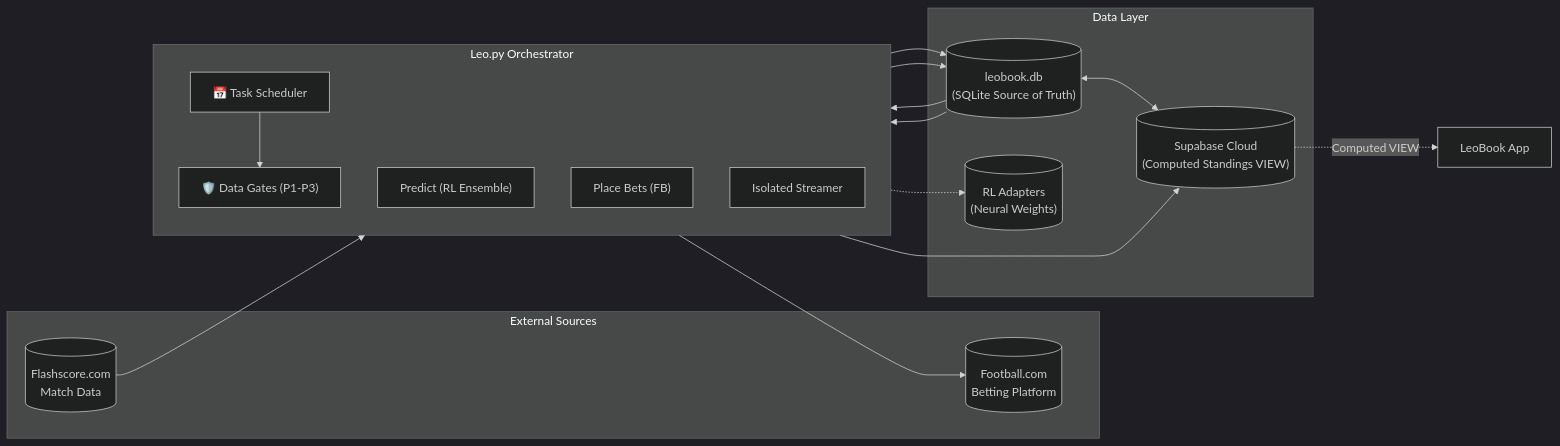
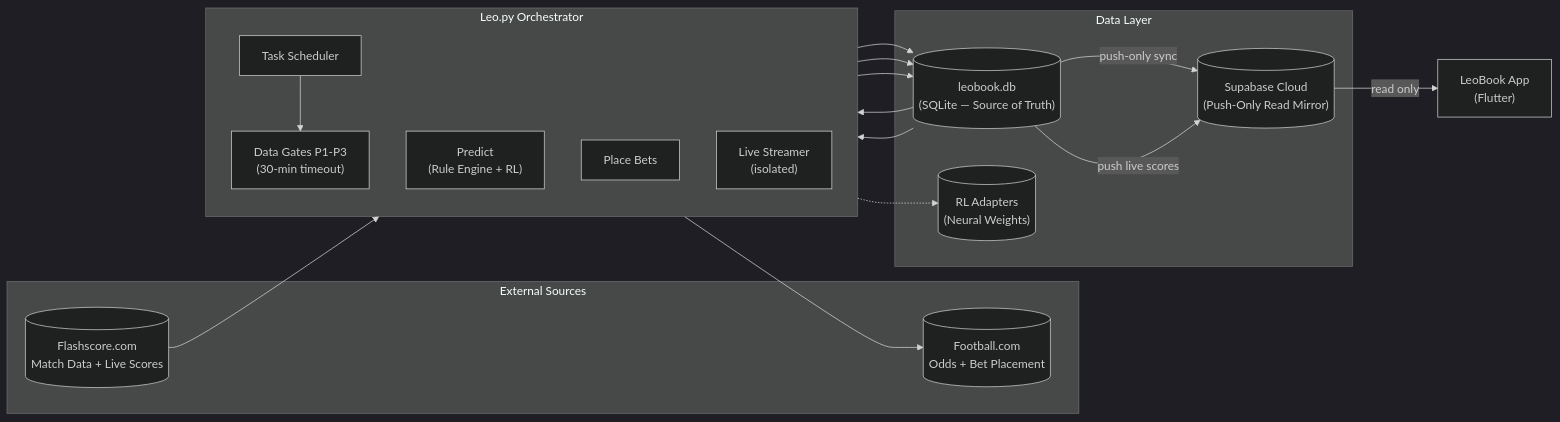
Before and after one commit to Materialless-LLC/LeoBook: the diagram in LeoBook_Technical_Master_Report.md, drawn with Mermaid (dark theme). The commit also changed other lines of this file and 11 other files, not shown here.

````diff
--- a/LeoBook_Technical_Master_Report.md
+++ b/LeoBook_Technical_Master_Report.md
@@ -139,31 +193,32 @@
 ```mermaid
 flowchart LR
     subgraph SOURCES ["External Sources"]
-        FS[("Flashscore.com<br/>Match Data")]
-        FB[("Football.com<br/>Betting Platform")]
+        FS[("Flashscore.com<br/>Match Data + Live Scores")]
+        FB[("Football.com<br/>Odds + Bet Placement")]
     end
 
     subgraph LEO ["Leo.py Orchestrator"]
         direction TB
-        SCHED["📅 Task Scheduler"]
-        GATES["🛡️ Data Gates (P1-P3)"]
-        PREDICT["Predict (RL Ensemble)"]
-        BOOK["Place Bets (FB)"]
-        STREAM["Isolated Streamer"]
+        SCHED["Task Scheduler"]
+        GATES["Data Gates P1-P3<br/>(30-min timeout)"]
+        PREDICT["Predict<br/>(Rule Engine + RL)"]
+        BOOK["Place Bets"]
+        STREAM["Live Streamer<br/>(isolated)"]
     end
 
     subgraph DATA ["Data Layer"]
-        DB[("leobook.db<br/>(SQLite Source of Truth)")]
-        SB[("Supabase Cloud<br/>(Computed Standings VIEW)")]
+        DB[("leobook.db<br/>(SQLite — Source of Truth)")]
+        SB[("Supabase Cloud<br/>(Push-Only Read Mirror)")]
         RL[("RL Adapters<br/>(Neural Weights)")]
     end
 
     FS --> GATES --> DB
-    DB <--> SB
+    DB -->|"push-only sync"| SB
     SCHED --> GATES
     DB --> PREDICT --> DB
     PREDICT -.-> RL
     DB --> BOOK --> FB
-    STREAM --> SB
-    SB -.->|"Computed VIEW"| APP["LeoBook App"]
+    STREAM --> DB
+    DB -->|"push live scores"| SB
+    SB -->|"read only"| APP["LeoBook App<br/>(Flutter)"]
 ```
````
